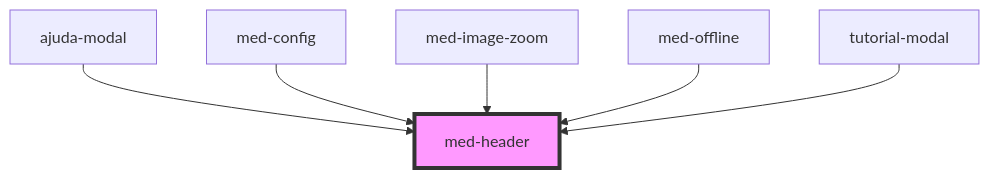
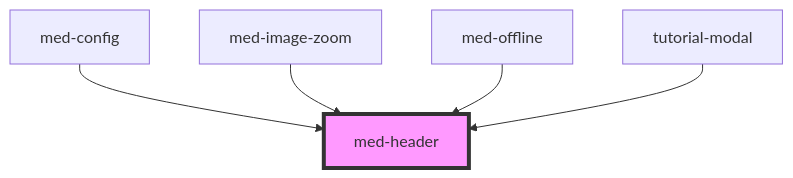
One commit to MEDGRUPOGIT/ionic-framework-1 changed the diagram in core/src/components/@templarios/compositions/med-header/readme.md. Above: the diagram before and after it, drawn with Mermaid. The commit also changed other lines of this file and 7 other files, not shown here.

Commit message:
migração simulados modal ajuda

````diff
--- a/core/src/components/@templarios/compositions/med-header/readme.md
+++ b/core/src/components/@templarios/compositions/med-header/readme.md
@@ -26,9 +25,8 @@
 ```mermaid
 graph TD;
-  ajuda-modal --> med-header
   med-config --> med-header
   med-image-zoom --> med-header
   med-offline --> med-header
   tutorial-modal --> med-header
   style med-header fill:#f9f,stroke:#333,stroke-width:4px
 ```
````
